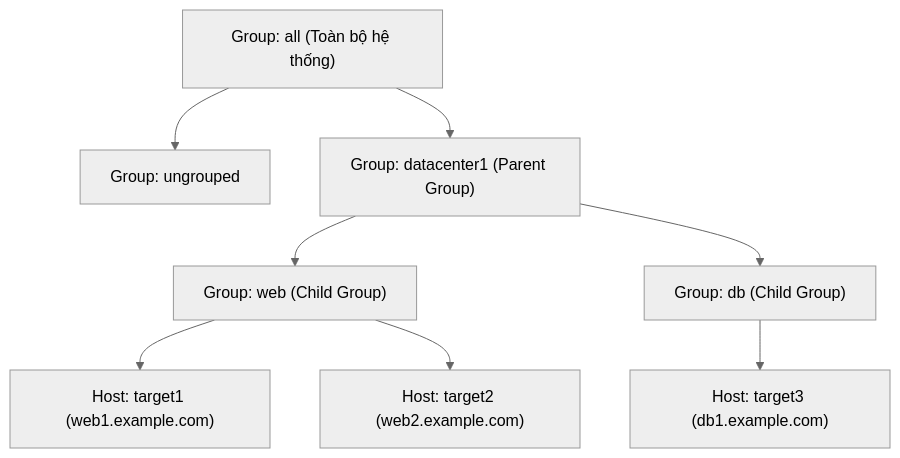
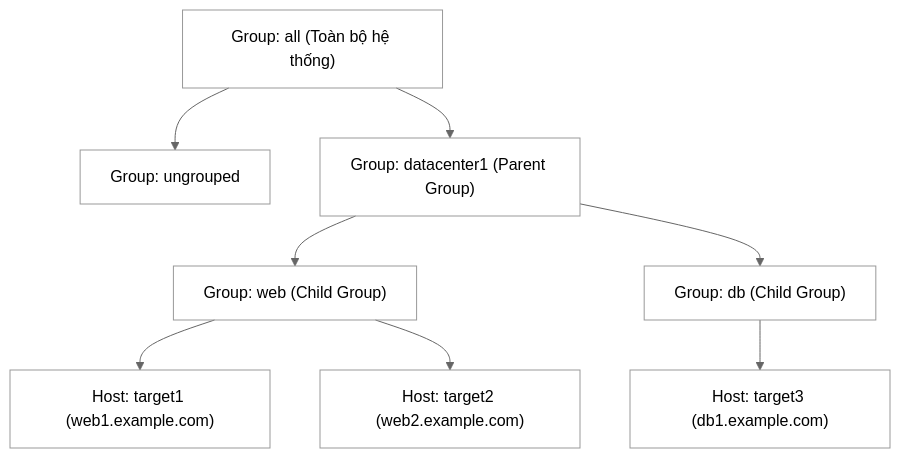
One commit to kiennt308/ntk changed the first of 3 diagrams in _posts/2026-09-13-ansible-03-03-inventory.md. Above: the diagram before and after it, drawn with Mermaid (neutral theme). The commit also changed other lines of this file and 30 other files, not shown here.

````diff
--- a/_posts/2026-09-13-ansible-03-03-inventory.md
+++ b/_posts/2026-09-13-ansible-03-03-inventory.md
@@ -83,10 +83,19 @@
 ```mermaid
 graph TD
     ALL["Group: all (Toàn bộ hệ thống)"] --> UNGROUPED["Group: ungrouped"]
     ALL --> DC1["Group: datacenter1 (Parent Group)"]
     DC1 --> WEB["Group: web (Child Group)"]
     DC1 --> DB["Group: db (Child Group)"]
     WEB --> H1["Host: target1 (web1.example.com)"]
     WEB --> H2["Host: target2 (web2.example.com)"]
     DB --> H3["Host: target3 (db1.example.com)"]
+
+    style ALL fill:none
+    style UNGROUPED fill:none
+    style DC1 fill:none
+    style WEB fill:none
+    style DB fill:none
+    style H1 fill:none
+    style H2 fill:none
+    style H3 fill:none
 ```
````
